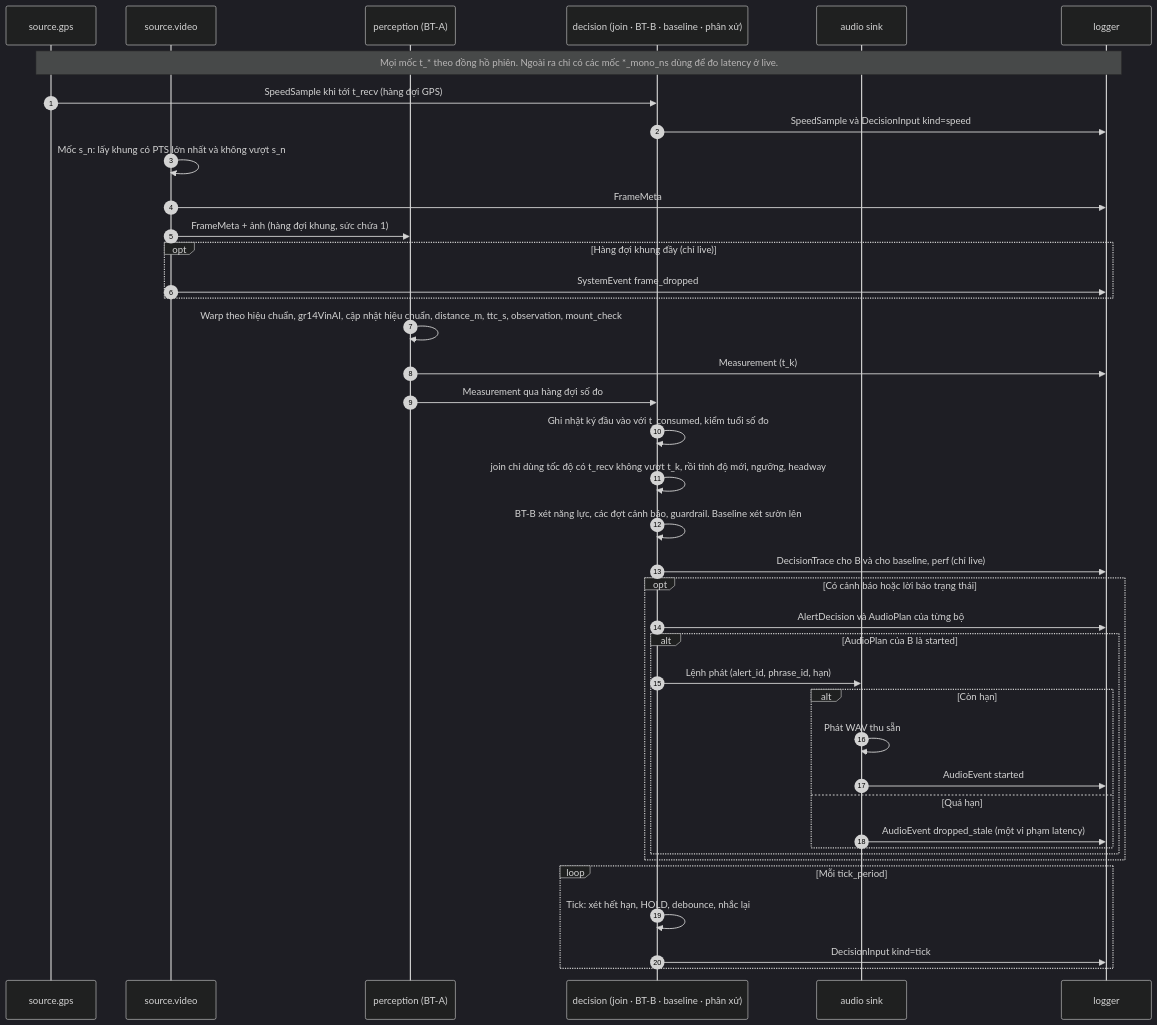
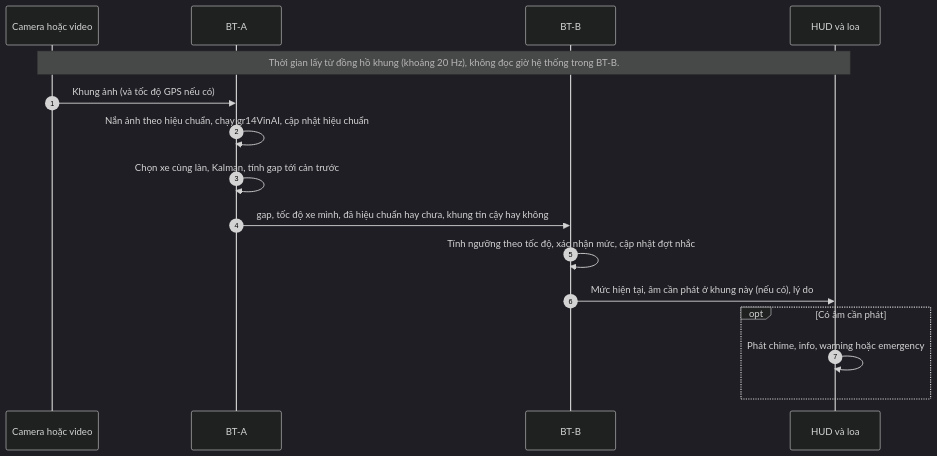
Before and after one commit to NguyenTuan-UET/roadwatch_copilot: the second of 3 diagrams in docs/architecture_diagram.md, drawn with Mermaid (dark theme). The commit also changed other lines of this file and 20 other files, not shown here.

First line of the commit message:
docs: đồng bộ tài liệu theo README sau khi nộp bài

````diff
--- a/docs/architecture_diagram.md
+++ b/docs/architecture_diagram.md
@@ -113,42 +62,18 @@
 ```mermaid
 sequenceDiagram
   autonumber
-  participant SG as source.gps
-  participant SV as source.video
-  participant PA as perception (BT-A)
-  participant DE as decision (join · BT-B · baseline · phân xử)
-  participant SK as audio sink
-  participant LG as logger
-  Note over SG,LG: Mọi mốc t_* theo đồng hồ phiên. Ngoài ra chỉ có các mốc *_mono_ns dùng để đo latency ở live.
-  SG->>DE: SpeedSample khi tới t_recv (hàng đợi GPS)
-  DE->>LG: SpeedSample và DecisionInput kind=speed
-  SV->>SV: Mốc s_n: lấy khung có PTS lớn nhất và không vượt s_n
-  SV->>LG: FrameMeta
-  SV->>PA: FrameMeta + ảnh (hàng đợi khung, sức chứa 1)
-  opt Hàng đợi khung đầy (chỉ live)
-    SV->>LG: SystemEvent frame_dropped
-  end
-  PA->>PA: Warp theo hiệu chuẩn, gr14VinAI, cập nhật hiệu chuẩn, distance_m, ttc_s, observation, mount_check
-  PA->>LG: Measurement (t_k)
-  PA->>DE: Measurement qua hàng đợi số đo
-  DE->>DE: Ghi nhật ký đầu vào với t_consumed, kiểm tuổi số đo
-  DE->>DE: join chỉ dùng tốc độ có t_recv không vượt t_k, rồi tính độ mới, ngưỡng, headway
-  DE->>DE: BT-B xét năng lực, các đợt cảnh báo, guardrail. Baseline xét sườn lên
-  DE->>LG: DecisionTrace cho B và cho baseline, perf (chỉ live)
-  opt Có cảnh báo hoặc lời báo trạng thái
-    DE->>LG: AlertDecision và AudioPlan của từng bộ
-    alt AudioPlan của B là started
-      DE->>SK: Lệnh phát (alert_id, phrase_id, hạn)
-      alt Còn hạn
-        SK->>SK: Phát WAV thu sẵn
-        SK->>LG: AudioEvent started
-      else Quá hạn
-        SK->>LG: AudioEvent dropped_stale (một vi phạm latency)
-      end
-    end
-  end
-  loop Mỗi tick_period
-    DE->>DE: Tick: xét hết hạn, HOLD, debounce, nhắc lại
-    DE->>LG: DecisionInput kind=tick
+  participant SRC as Camera hoặc video
+  participant A as BT-A
+  participant B as BT-B
+  participant UI as HUD và loa
+  Note over SRC,UI: Thời gian lấy từ đồng hồ khung (khoảng 20 Hz), không đọc giờ hệ thống trong BT-B.
+  SRC->>A: Khung ảnh (và tốc độ GPS nếu có)
+  A->>A: Nắn ảnh theo hiệu chuẩn, chạy gr14VinAI, cập nhật hiệu chuẩn
+  A->>A: Chọn xe cùng làn, Kalman, tính gap tới cản trước
+  A->>B: gap, tốc độ xe mình, đã hiệu chuẩn hay chưa, khung tin cậy hay không
+  B->>B: Tính ngưỡng theo tốc độ, xác nhận mức, cập nhật đợt nhắc
+  B->>UI: Mức hiện tại, âm cần phát ở khung này (nếu có), lý do
+  opt Có âm cần phát
+    UI->>UI: Phát chime, info, warning hoặc emergency
   end
 ```
````
